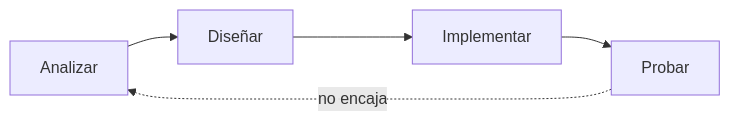
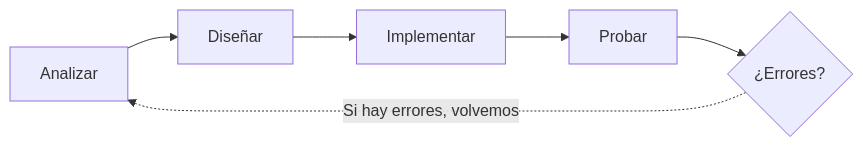
One commit to MAlejandroR/apuntes-dwes-vitepress changed the diagram in docs/01_Conceptos_generales/index.md. Above: the diagram before and after it, drawn with Mermaid. The commit also changed other lines of this file and 88 other files, not shown here.

````diff
--- a/docs/01_Conceptos_generales/index.md
+++ b/docs/01_Conceptos_generales/index.md
@@ -104,7 +102,8 @@
 ```mermaid
 flowchart LR
   A[Analizar] --> D[Diseñar]
   D --> I[Implementar]
   I --> P[Probar]
-  P -.->|no encaja| A
+  P --> E{¿Errores?}
+  E -.->|Si hay errores, volvemos| A
 ```
````
